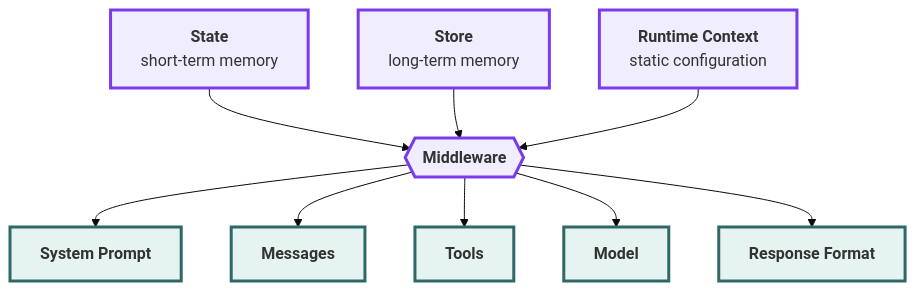
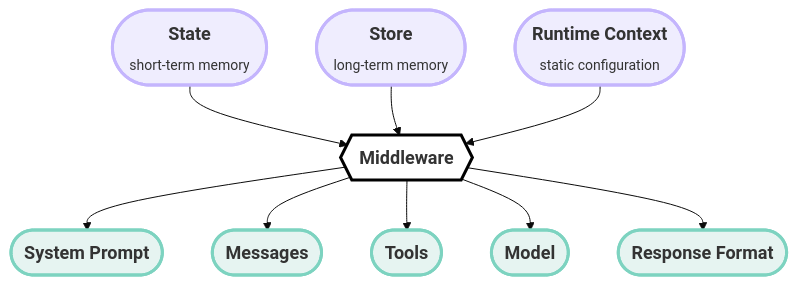
Before and after one commit to r13k45/docs: the diagram in src/oss/langchain/context-engineering.mdx, drawn with Mermaid. The commit also changed other lines of this file, not shown here.

````diff
--- a/src/oss/langchain/context-engineering.mdx
+++ b/src/oss/langchain/context-engineering.mdx
@@ -60,27 +60,27 @@
 ```mermaid
-%%{init: {'theme': 'base', 'themeVariables': {'fontSize': '16px'}}}%%
+%%{init: {'theme': 'base', 'themeVariables': {'fontSize': '20px', 'primaryColor': '#efedfe', 'primaryBorderColor': '#c4b5fd'}}}%%
 flowchart TD
-    State["<b>State</b><br/>short-term memory"]
-    Store["<b>Store</b><br/>long-term memory"]
-    Runtime["<b>Runtime Context</b><br/>static configuration"]
+    State(["<b style='font-size: 18px'>State</b><br/><span style='font-size: 14px; margin-top: -5px'>short-term memory</span>"])
+    Store(["<b style='font-size: 18px'>Store</b><br/><span style='font-size: 14px; margin-top: -5px'>long-term memory</span>"])
+    Runtime(["<b style='font-size: 18px'>Runtime Context</b><br/><span style='font-size: 14px; margin-top: -5px'>static configuration</span>"])
 
-    State --> Middleware{{"<b>Middleware</b>"}}
+    State --> Middleware{{"<b style='font-size: 18px'>Middleware</b>"}}
     Store --> Middleware
     Runtime --> Middleware
 
-    Middleware --> Prompt["<b>System Prompt</b>"]
-    Middleware --> Messages["<b>Messages</b>"]
-    Middleware --> Tools["<b>Tools</b>"]
-    Middleware --> Model["<b>Model</b>"]
-    Middleware --> Format["<b>Response Format</b>"]
+    Middleware --> Prompt(["<b style='font-size: 18px'>System Prompt</b>"])
+    Middleware --> Messages(["<b style='font-size: 18px'>Messages</b>"])
+    Middleware --> Tools(["<b style='font-size: 18px'>Tools</b>"])
+    Middleware --> Model(["<b style='font-size: 18px'>Model</b>"])
+    Middleware --> Format(["<b style='font-size: 18px'>Response Format</b>"])
 
-    style State fill:#efedfe,stroke:#7c3aed,stroke-width:3px
-    style Store fill:#efedfe,stroke:#7c3aed,stroke-width:3px
-    style Runtime fill:#efedfe,stroke:#7c3aed,stroke-width:3px
-    style Middleware fill:#efedfe,stroke:#7c3aed,stroke-width:3px
-    style Prompt fill:#e6f4f1,stroke:#2f6868,stroke-width:3px
-    style Messages fill:#e6f4f1,stroke:#2f6868,stroke-width:3px
-    style Tools fill:#e6f4f1,stroke:#2f6868,stroke-width:3px
-    style Model fill:#e6f4f1,stroke:#2f6868,stroke-width:3px
-    style Format fill:#e6f4f1,stroke:#2f6868,stroke-width:3px
+    style State fill:#efedfe,stroke:#c4b5fd,stroke-width:3px,padding:20px
+    style Store fill:#efedfe,stroke:#c4b5fd,stroke-width:3px,padding:20px
+    style Runtime fill:#efedfe,stroke:#c4b5fd,stroke-width:3px,padding:20px
+    style Middleware fill:#ffffff,stroke:#000000,stroke-width:3px,padding:20px
+    style Prompt fill:#e6f4f1,stroke:#7dd3c0,stroke-width:3px,padding:20px
+    style Messages fill:#e6f4f1,stroke:#7dd3c0,stroke-width:3px,padding:20px
+    style Tools fill:#e6f4f1,stroke:#7dd3c0,stroke-width:3px,padding:20px
+    style Model fill:#e6f4f1,stroke:#7dd3c0,stroke-width:3px,padding:20px
+    style Format fill:#e6f4f1,stroke:#7dd3c0,stroke-width:3px,padding:20px
 ```
````
